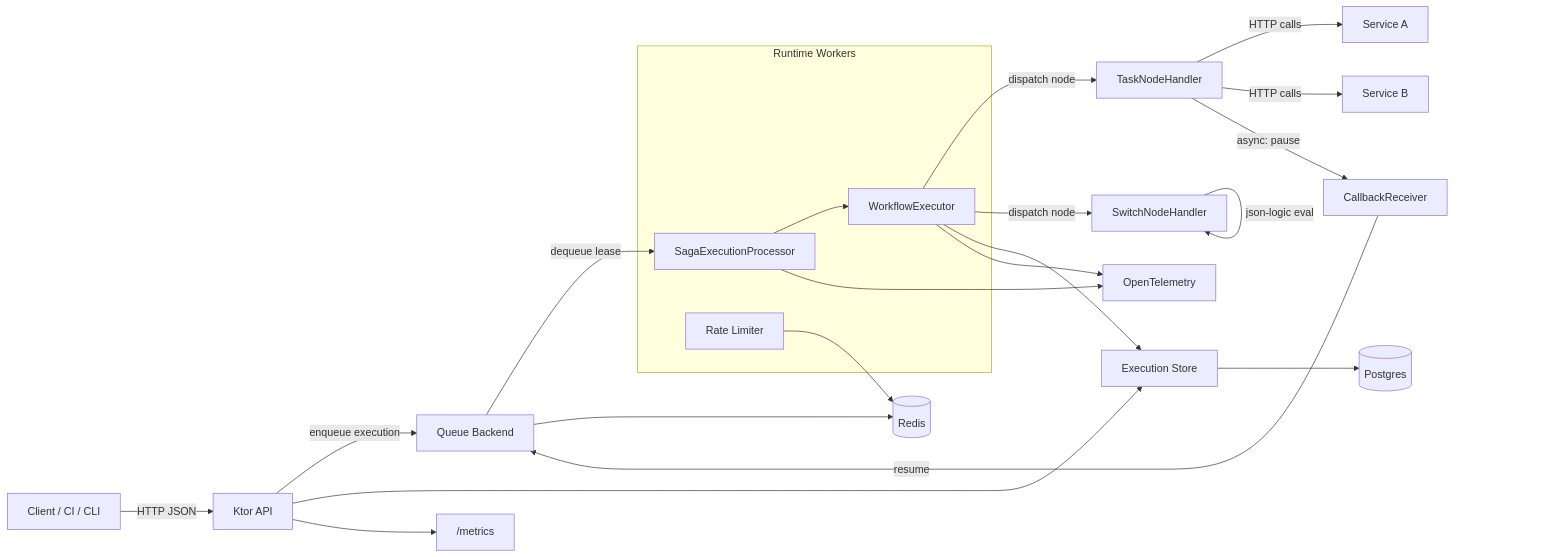
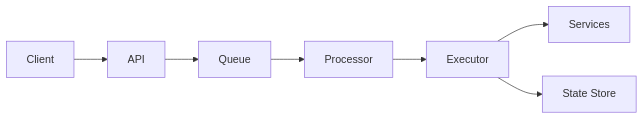
The diagram in README.md (thiagoribeiro/trama), drawn with Mermaid before and after one commit. The commit also changed other lines of this file, not shown here.

````diff
--- a/README.md
+++ b/README.md
@@ -27,33 +141,9 @@
 ```mermaid
 flowchart LR
-    C[Client / CI / CLI] -->|HTTP JSON| A[Ktor API]
-
-    subgraph Runtime[Runtime Workers]
-      P[SagaExecutionProcessor]
-      E[WorkflowExecutor]
-      RL[Rate Limiter]
-    end
-
-    A -->|enqueue execution| Q[Queue Backend]
-    Q -->|dequeue lease| P
-    P --> E
-    E -->|dispatch node| TH[TaskNodeHandler]
-    E -->|dispatch node| SH[SwitchNodeHandler]
-    TH -->|HTTP calls| S1[Service A]
-    TH -->|HTTP calls| S2[Service B]
-    SH -->|json-logic eval| SH
-
-    TH -->|async: pause| CB[CallbackReceiver]
-    CB -->|resume| Q
-
-    E --> ST[Execution Store]
-    A --> ST
-
-    ST --> PG[(Postgres)]
-    Q --> R[(Redis)]
-    RL --> R
-
-    A --> M["/metrics"]
-    P --> T[OpenTelemetry]
-    E --> T
+  C[Client] --> A[API]
+  A --> Q[Queue]
+  Q --> P[Processor]
+  P --> E[Executor]
+  E --> S[Services]
+  E --> ST[State Store]
 ```
````
